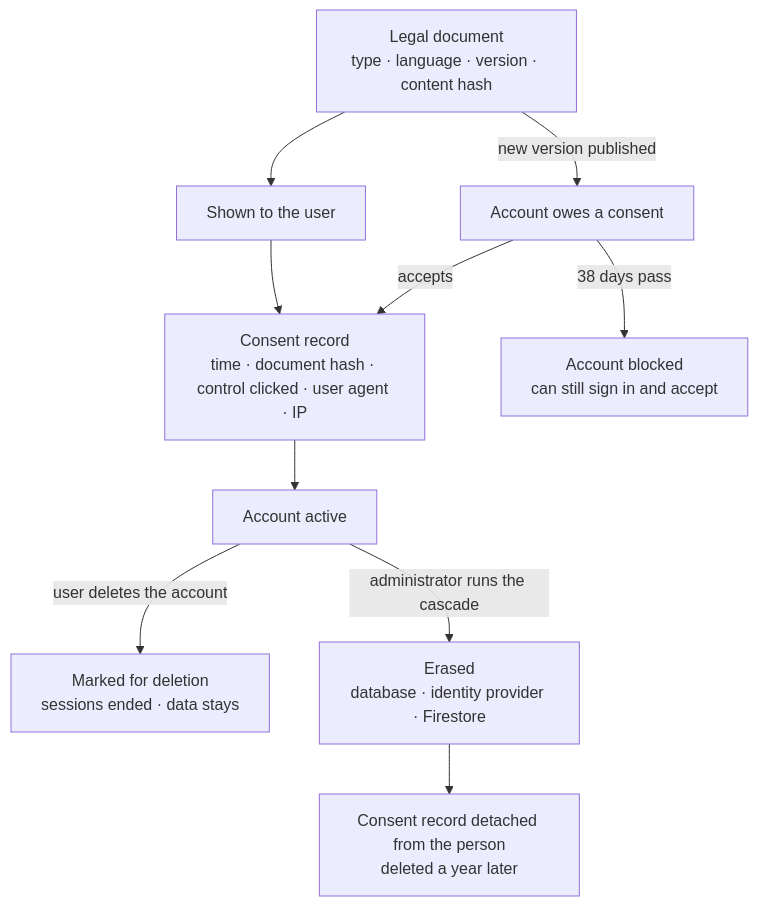
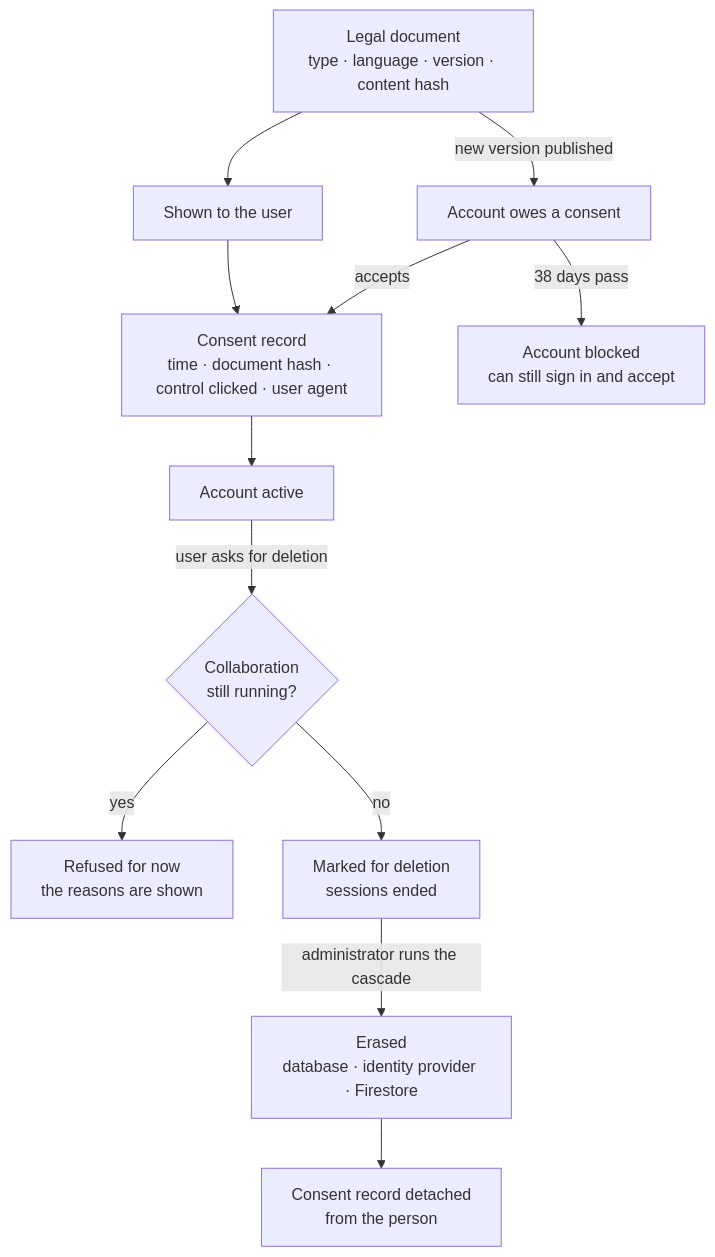
Before and after one commit to Check-It-Out-Dev/checkitout-backend: the diagram in docs/guide/gdpr.md, drawn with Mermaid. The commit also changed other lines of this file and 2 other files, not shown here.

````diff
--- a/docs/guide/gdpr.md
+++ b/docs/guide/gdpr.md
@@ -13,12 +12,14 @@
 ```mermaid
 flowchart TB
     DOC["Legal document<br/>type · language · version · content hash"] --> SHOW["Shown to the user"]
-    SHOW --> REC["Consent record<br/>time · document hash · control clicked · user agent · IP"]
+    SHOW --> REC["Consent record<br/>time · document hash · control clicked · user agent"]
     REC --> OK["Account active"]
     DOC -->|"new version published"| OWE["Account owes a consent"]
     OWE -->|"accepts"| REC
     OWE -->|"38 days pass"| BLOCK["Account blocked<br/>can still sign in and accept"]
-    OK -->|"user deletes the account"| SOFT["Marked for deletion<br/>sessions ended · data stays"]
-    OK -->|"administrator runs the cascade"| DEL["Erased<br/>database · identity provider · Firestore"]
-    DEL --> PROOF["Consent record detached from the person<br/>deleted a year later"]
+    OK -->|"user asks for deletion"| CHECK{"Collaboration<br/>still running?"}
+    CHECK -->|"yes"| WAIT["Refused for now<br/>the reasons are shown"]
+    CHECK -->|"no"| MARK["Marked for deletion<br/>sessions ended"]
+    MARK -->|"administrator runs the cascade"| DEL["Erased<br/>database · identity provider · Firestore"]
+    DEL --> PROOF["Consent record detached<br/>from the person"]
 ```
````
